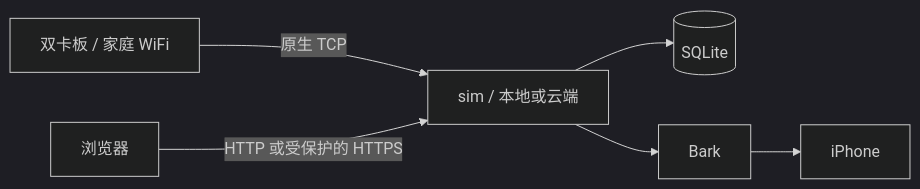
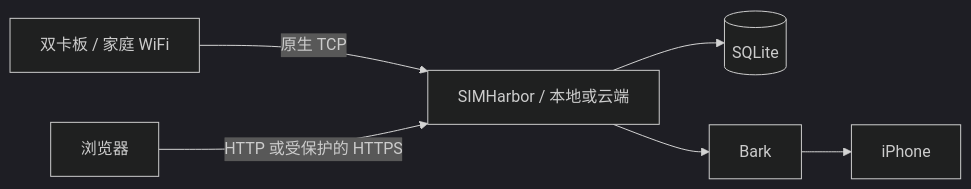
The diagram in README.md (Battery233/sim-harbor), drawn with Mermaid (dark theme) before and after one commit. The commit also changed other lines of this file and 115 other files, not shown here.

````diff
--- a/README.md
+++ b/README.md
@@ -44,8 +71,8 @@
 ```mermaid
 flowchart LR
-    Board[双卡板 / 家庭 WiFi] -->|原生 TCP| App[sim / 本地或云端]
+    Board[双卡板 / 家庭 WiFi] -->|原生 TCP| App[SIMHarbor / 本地或云端]
     App --> DB[(SQLite)]
     App --> Bark[Bark]
     Bark --> Phone[iPhone]
     Browser[浏览器] -->|HTTP 或受保护的 HTTPS| App
 ```
````
